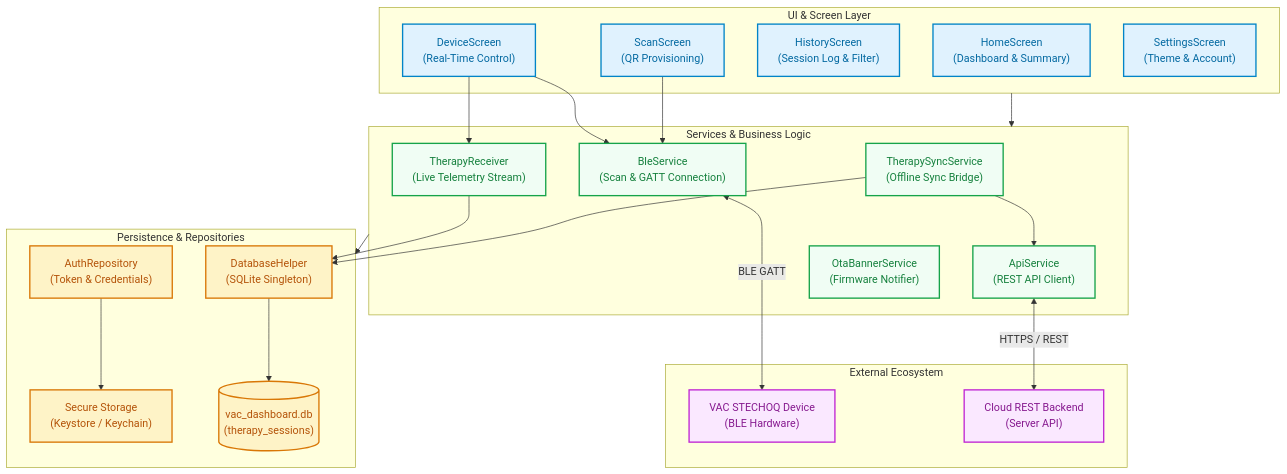
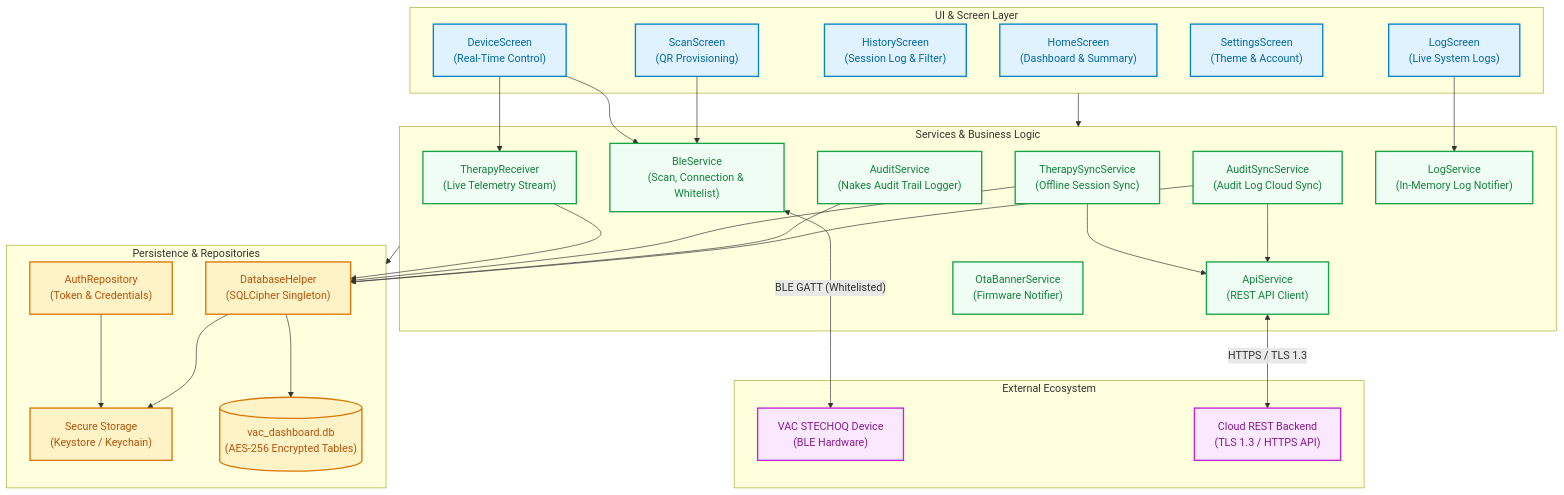
One commit to nashirabbash/VAC-IoT changed the first of 3 diagrams in README.md. Above: the diagram before and after it, drawn with Mermaid. The commit also changed other lines of this file, not shown here.

Commit message:
docs: update README.md with SQLCipher, audit logs, BLE safety, and TLS 1.3 details

````diff
--- a/README.md
+++ b/README.md
@@ -190,58 +192,67 @@
 ```mermaid
 flowchart TD
     accTitle: VAC STECHOQ Dashboard System Architecture
-    accDescr: Component architecture showing user interfaces, background services, persistence layers, hardware BLE interfaces, and cloud REST integration.
+    accDescr: Component architecture showing user interfaces, background services, encrypted persistence layers, hardware BLE interfaces, and cloud REST integration.
 
     subgraph UI["UI & Screen Layer"]
         home_screen["HomeScreen<br/>(Dashboard & Summary)"]
         device_screen["DeviceScreen<br/>(Real-Time Control)"]
         history_screen["HistoryScreen<br/>(Session Log & Filter)"]
         scan_screen["ScanScreen<br/>(QR Provisioning)"]
         settings_screen["SettingsScreen<br/>(Theme & Account)"]
+        log_screen["LogScreen<br/>(Live System Logs)"]
     end
 
     subgraph SERVICES["Services & Business Logic"]
-        ble_service["BleService<br/>(Scan & GATT Connection)"]
+        ble_service["BleService<br/>(Scan, Connection & Whitelist)"]
         therapy_receiver["TherapyReceiver<br/>(Live Telemetry Stream)"]
-        therapy_sync["TherapySyncService<br/>(Offline Sync Bridge)"]
+        therapy_sync["TherapySyncService<br/>(Offline Session Sync)"]
+        audit_service["AuditService<br/>(Nakes Audit Trail Logger)"]
+        audit_sync["AuditSyncService<br/>(Audit Log Cloud Sync)"]
         api_service["ApiService<br/>(REST API Client)"]
+        log_service["LogService<br/>(In-Memory Log Notifier)"]
         ota_service["OtaBannerService<br/>(Firmware Notifier)"]
     end
 
     subgraph DATA["Persistence & Repositories"]
         auth_repo["AuthRepository<br/>(Token & Credentials)"]
-        db_helper["DatabaseHelper<br/>(SQLite Singleton)"]
+        db_helper["DatabaseHelper<br/>(SQLCipher Singleton)"]
         secure_storage["Secure Storage<br/>(Keystore / Keychain)"]
-        sqlite_db[("vac_dashboard.db<br/>(therapy_sessions)")]
+        encrypted_db[("vac_dashboard.db<br/>(AES-256 Encrypted Tables)")]
     end
 
     subgraph EXTERNAL["External Ecosystem"]
         vac_hardware["VAC STECHOQ Device<br/>(BLE Hardware)"]
-        cloud_backend["Cloud REST Backend<br/>(Server API)"]
+        cloud_backend["Cloud REST Backend<br/>(TLS 1.3 / HTTPS API)"]
     end
 
     UI --> SERVICES
     device_screen --> ble_service
     device_screen --> therapy_receiver
     scan_screen --> ble_service
+    log_screen --> log_service
     
     SERVICES --> DATA
     therapy_receiver --> db_helper
     therapy_sync --> db_helper
     therapy_sync --> api_service
+    audit_service --> db_helper
+    audit_sync --> db_helper
+    audit_sync --> api_service
     auth_repo --> secure_storage
-    db_helper --> sqlite_db
+    db_helper --> secure_storage
+    db_helper --> encrypted_db
 
-    ble_service <-->|"BLE GATT"| vac_hardware
-    api_service <-->|"HTTPS / REST"| cloud_backend
+    ble_service <-->|"BLE GATT (Whitelisted)"| vac_hardware
+    api_service <-->|"HTTPS / TLS 1.3"| cloud_backend
 
     classDef uiStyle fill:#e0f2fe,stroke:#0284c7,stroke-width:2px,color:#0369a1
     classDef serviceStyle fill:#f0fdf4,stroke:#16a34a,stroke-width:2px,color:#15803d
     classDef dataStyle fill:#fef3c7,stroke:#d97706,stroke-width:2px,color:#b45309
     classDef extStyle fill:#fae8ff,stroke:#c026d3,stroke-width:2px,color:#86198f
 
-    class home_screen,device_screen,history_screen,scan_screen,settings_screen uiStyle
-    class ble_service,therapy_receiver,therapy_sync,api_service,ota_service serviceStyle
-    class auth_repo,db_helper,secure_storage,sqlite_db dataStyle
+    class home_screen,device_screen,history_screen,scan_screen,settings_screen,log_screen uiStyle
+    class ble_service,therapy_receiver,therapy_sync,audit_service,audit_sync,api_service,log_service,ota_service serviceStyle
+    class auth_repo,db_helper,secure_storage,encrypted_db dataStyle
     class vac_hardware,cloud_backend extStyle
 ```
````
